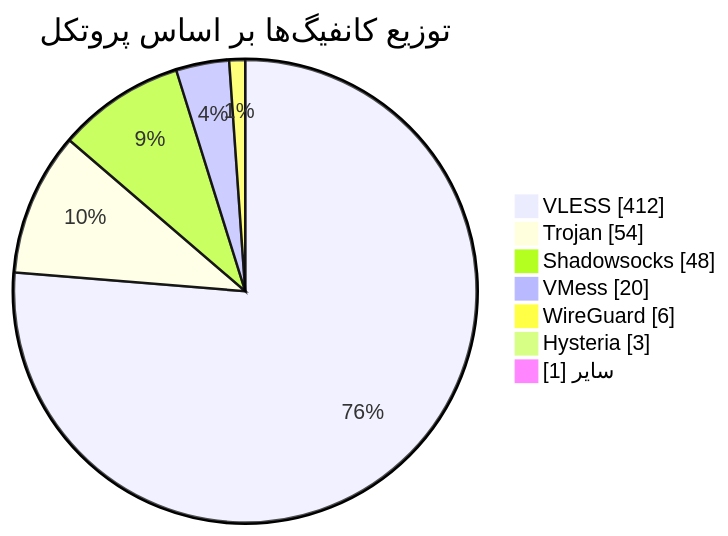
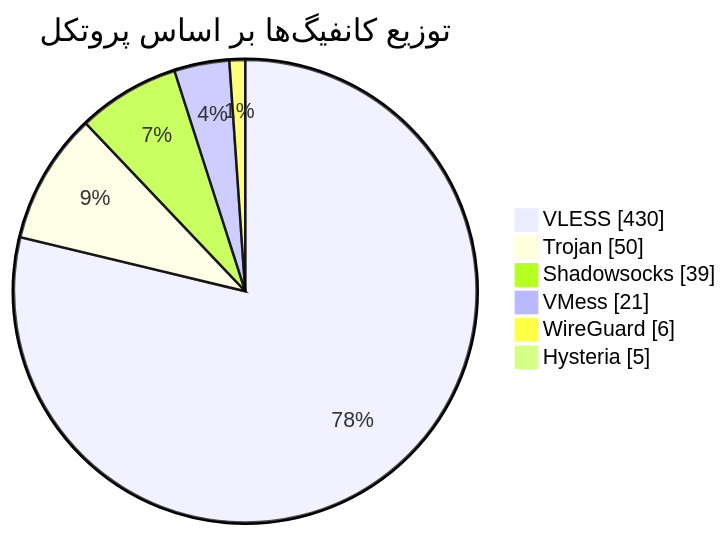
Before and after one commit to Arian-Alijani/Somthing: the diagram in README.md, drawn with Mermaid. The commit also changed other lines of this file and 77 other files, not shown here.

````diff
--- a/README.md
+++ b/README.md
@@ -49,11 +48,10 @@
 ```mermaid
 pie showData
     title توزیع کانفیگ‌ها بر اساس پروتکل
-    "VLESS" : 412
-    "Trojan" : 54
-    "Shadowsocks" : 48
-    "VMess" : 20
+    "VLESS" : 430
+    "Trojan" : 50
+    "Shadowsocks" : 39
+    "VMess" : 21
     "WireGuard" : 6
-    "Hysteria" : 3
-    "سایر" : 1
+    "Hysteria" : 5
 ```
````
